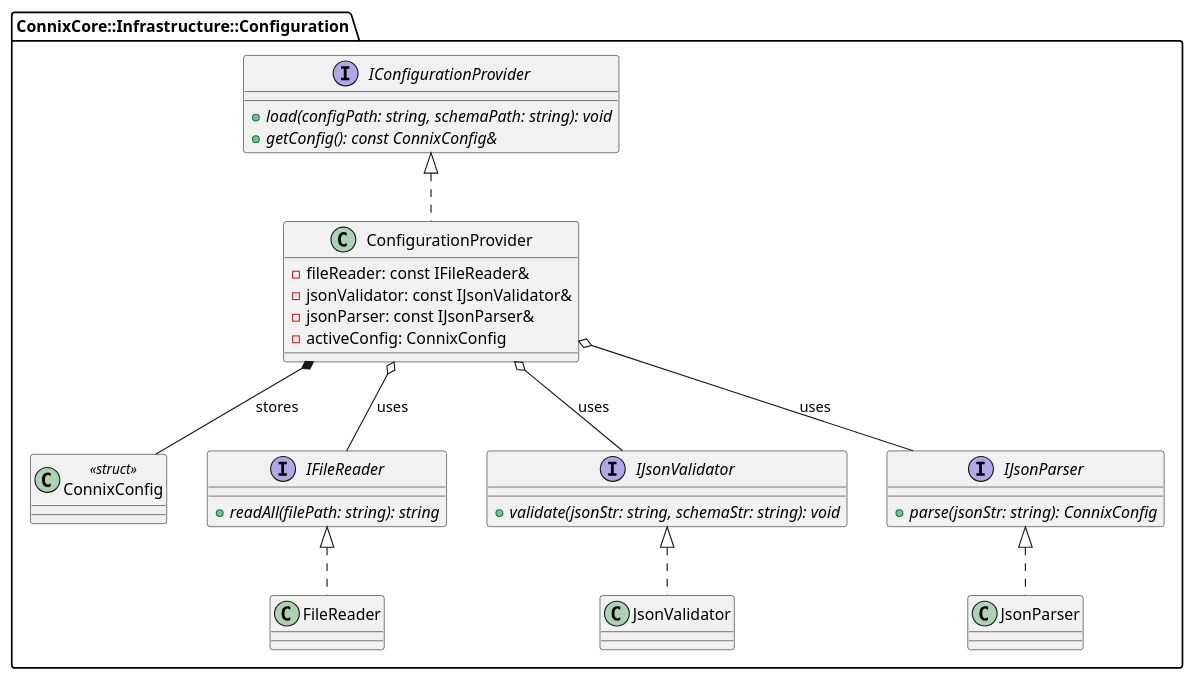
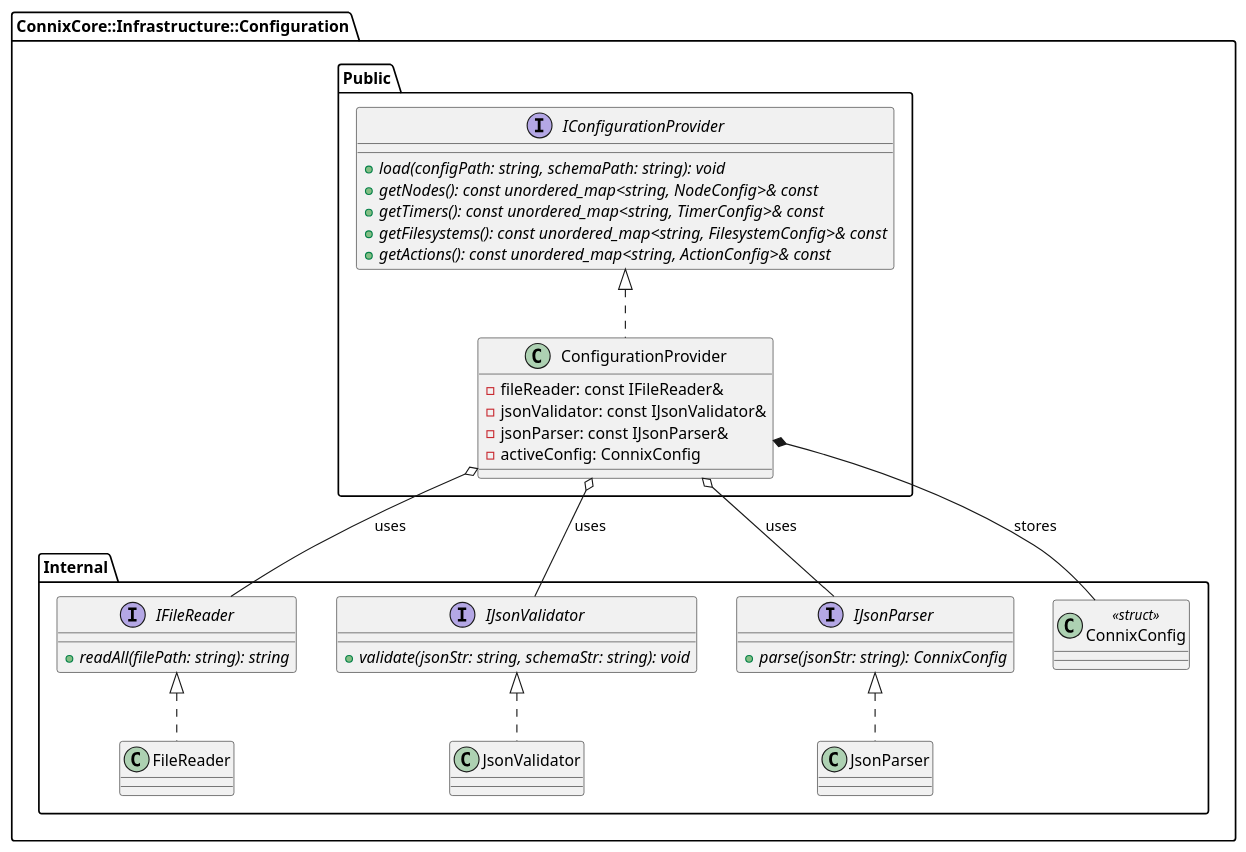
Before and after one commit to nghdang/connix: the diagram in connix/connix-core/infrastructure/configuration/dd/interface_view.puml, drawn with PlantUML. The commit also changed 2 other files, not shown here.

Commit message:
dd: group modules into public and internal regions

```diff
--- a/connix/connix-core/infrastructure/configuration/dd/interface_view.puml
+++ b/connix/connix-core/infrastructure/configuration/dd/interface_view.puml
@@ -1,54 +1,62 @@
 @startuml Configuration Component - Interface View
 
 namespace ConnixCore::Infrastructure::Configuration {
 
-    class ConnixConfig <<struct>>
+package "Public" {
 
     interface IConfigurationProvider {
         + {abstract} load(configPath: string, schemaPath: string): void
-        + {abstract} getConfig(): const ConnixConfig&
+        + {abstract} getNodes(): const unordered_map<string, NodeConfig>& const
+        + {abstract} getTimers(): const unordered_map<string, TimerConfig>& const
+        + {abstract} getFilesystems(): const unordered_map<string, FilesystemConfig>& const
+        + {abstract} getActions(): const unordered_map<string, ActionConfig>& const
     }
+
+    class ConfigurationProvider {
+        - fileReader: const IFileReader&
+        - jsonValidator: const IJsonValidator&
+        - jsonParser: const IJsonParser&
+        - activeConfig: ConnixConfig
+    }
+
+}
+
+package "Internal" {
 
     interface IFileReader {
         + {abstract} readAll(filePath: string): string
     }
 
     interface IJsonValidator {
         + {abstract} validate(jsonStr: string, schemaStr: string): void
     }
 
     interface IJsonParser {
         + {abstract} parse(jsonStr: string): ConnixConfig
     }
 
-    class ConfigurationProvider {
-        - fileReader: const IFileReader&
-        - jsonValidator: const IJsonValidator&
-        - jsonParser: const IJsonParser&
-        - activeConfig: ConnixConfig
-    }
+    class ConnixConfig <<struct>>
 
-    class FileReader {
-    }
+    class FileReader
 
-    class JsonValidator {
-    }
+    class JsonValidator
 
-    class JsonParser {
-    }
+    class JsonParser
+
+}
 
     ' Interface Inheritances
     IConfigurationProvider <|.. ConfigurationProvider
     IFileReader <|.. FileReader
     IJsonValidator <|.. JsonValidator
     IJsonParser <|.. JsonParser
 
     ' Associations / Relationships
     ConfigurationProvider o-- IFileReader : uses
     ConfigurationProvider o-- IJsonValidator : uses
     ConfigurationProvider o-- IJsonParser : uses
     ConfigurationProvider *-- ConnixConfig : stores
 
 }
 
 @enduml
```
